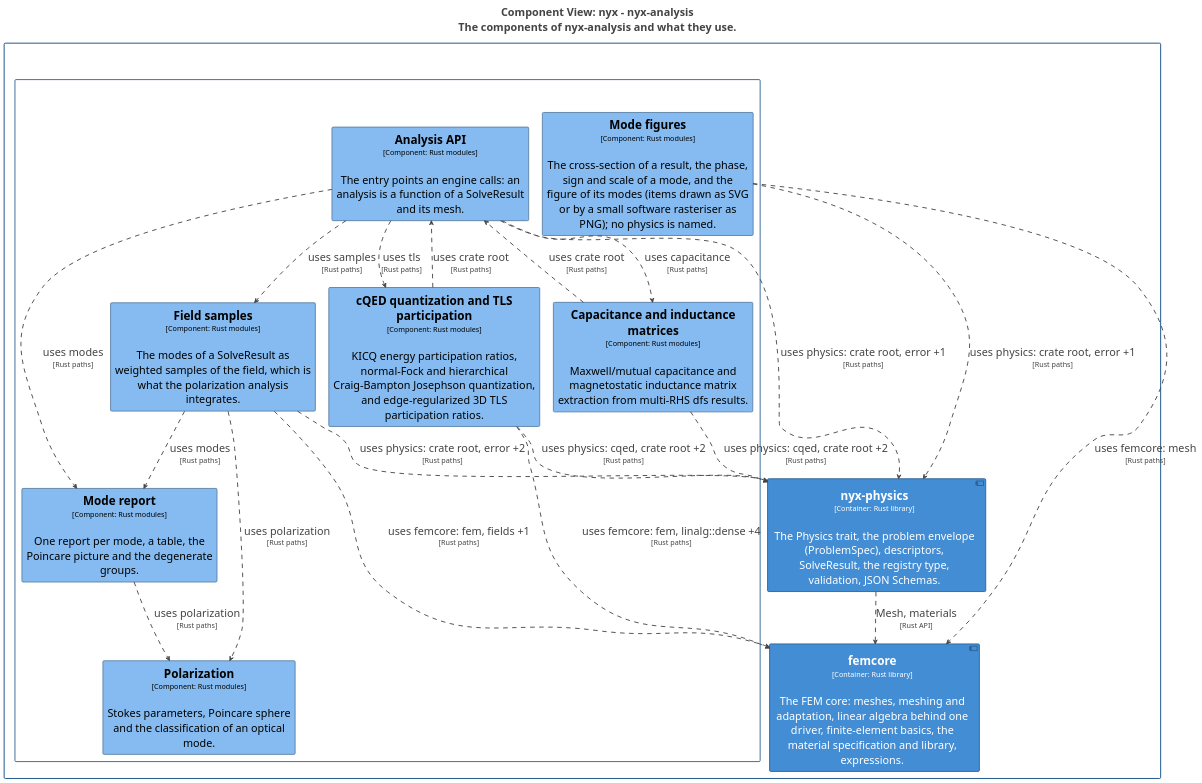
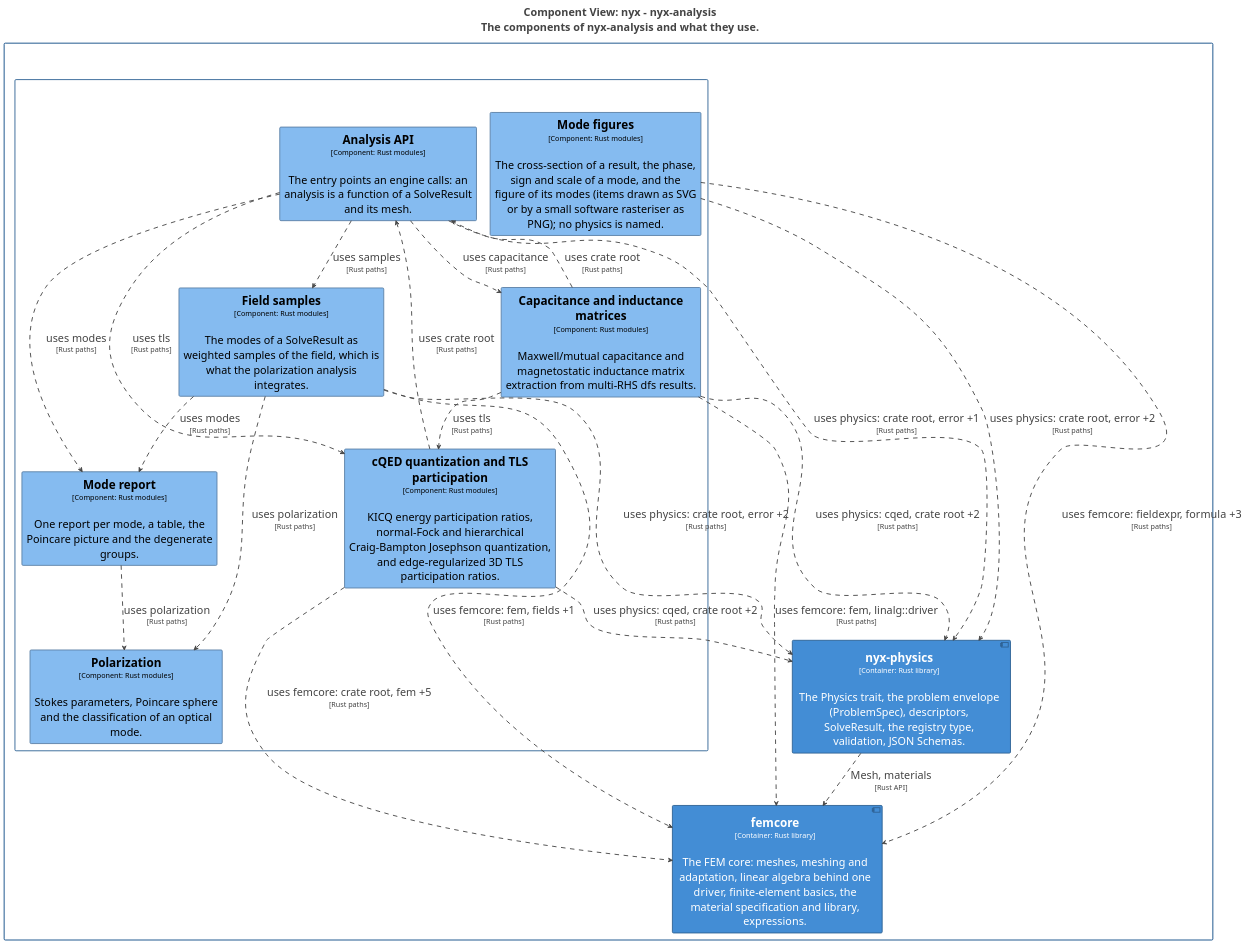
One commit to p-j-r/nyx changed the diagram in docs/architecture/c4/export/plantuml/structurizr-Components_analysis.puml. Above: the diagram before and after it, drawn with PlantUML. The commit also changed 150 other files, not shown here.

```diff
--- a/docs/architecture/c4/export/plantuml/structurizr-Components_analysis.puml
+++ b/docs/architecture/c4/export/plantuml/structurizr-Components_analysis.puml
@@ -1,105 +1,107 @@
 @startuml
 title <size:24>Component View: nyx - nyx-analysis</size>\n<size:24>The components of nyx-analysis and what they use.</size>
 
 set separator none
 top to bottom direction
 skinparam ranksep 60
 skinparam nodesep 30
 hide stereotype
 
 <style>
   root {
     BackgroundColor: #ffffff;
     FontColor: #444444;
   }
   // Element,Component
   .Element-RWxlbWVudCxDb21wb25lbnQ= {
     BackgroundColor: #85bbf0;
     LineColor: #5d82a8;
     LineStyle: 0;
     LineThickness: 2;
     FontColor: #000000;
     FontSize: 24;
     HorizontalAlignment: center;
     Shadowing: 0;
     MaximumWidth: 450;
   }
   // Element,Container,Library
   .Element-RWxlbWVudCxDb250YWluZXIsTGlicmFyeQ== {
     BackgroundColor: #438dd5;
     LineColor: #2e6295;
     LineStyle: 0;
     LineThickness: 2;
     FontColor: #ffffff;
     FontSize: 24;
     HorizontalAlignment: center;
     Shadowing: 0;
     MaximumWidth: 450;
   }
   // Relationship
   .Relationship-UmVsYXRpb25zaGlw {
     LineThickness: 2;
     LineStyle: 10-10;
     LineColor: #444444;
     FontColor: #444444;
     FontSize: 24;
   }
   // nyx
   .Boundary-bnl4 {
     BackgroundColor: #ffffff;
     LineColor: #0b4884;
     LineStyle: 0;
     LineThickness: 2;
     FontColor: #ffffff;
     FontSize: 24;
     HorizontalAlignment: center;
     Shadowing: 0;
   }
   // nyx-analysis
   .Boundary-bnl4LWFuYWx5c2lz {
     BackgroundColor: #ffffff;
     LineColor: #2e6295;
     LineStyle: 0;
     LineThickness: 2;
     FontColor: #ffffff;
     FontSize: 24;
     HorizontalAlignment: center;
     Shadowing: 0;
   }
 </style>
 
 rectangle "nyx\n<size:16>[Software System]</size>" <<Boundary-bnl4>> {
   rectangle "nyx-analysis\n<size:16>[Container: Rust library]</size>" <<Boundary-bnl4LWFuYWx5c2lz>> {
     rectangle "==Analysis API\n<size:16>[Component: Rust modules]</size>\n\nThe entry points an engine calls: an analysis is a function of a SolveResult and its mesh." <<Element-RWxlbWVudCxDb21wb25lbnQ=>> as nyx.nyxanalysis.AnalysisAPI
     rectangle "==Capacitance and inductance matrices\n<size:16>[Component: Rust modules]</size>\n\nMaxwell/mutual capacitance and magnetostatic inductance matrix extraction from multi-RHS dfs results." <<Element-RWxlbWVudCxDb21wb25lbnQ=>> as nyx.nyxanalysis.Capacitanceandinductancematrices
     rectangle "==cQED quantization and TLS participation\n<size:16>[Component: Rust modules]</size>\n\nKICQ energy participation ratios, normal-Fock and hierarchical Craig-Bampton Josephson quantization, and edge-regularized 3D TLS participation ratios." <<Element-RWxlbWVudCxDb21wb25lbnQ=>> as nyx.nyxanalysis.cQEDquantizationandTLSparticipation
     rectangle "==Field samples\n<size:16>[Component: Rust modules]</size>\n\nThe modes of a SolveResult as weighted samples of the field, which is what the polarization analysis integrates." <<Element-RWxlbWVudCxDb21wb25lbnQ=>> as nyx.nyxanalysis.Fieldsamples
     rectangle "==Polarization\n<size:16>[Component: Rust modules]</size>\n\nStokes parameters, Poincare sphere and the classification of an optical mode." <<Element-RWxlbWVudCxDb21wb25lbnQ=>> as nyx.nyxanalysis.Polarization
     rectangle "==Mode report\n<size:16>[Component: Rust modules]</size>\n\nOne report per mode, a table, the Poincare picture and the degenerate groups." <<Element-RWxlbWVudCxDb21wb25lbnQ=>> as nyx.nyxanalysis.Modereport
     rectangle "==Mode figures\n<size:16>[Component: Rust modules]</size>\n\nThe cross-section of a result, the phase, sign and scale of a mode, and the figure of its modes (items drawn as SVG or by a small software rasteriser as PNG); no physics is named." <<Element-RWxlbWVudCxDb21wb25lbnQ=>> as nyx.nyxanalysis.Modefigures
   }
 
   component "==nyx-physics\n<size:16>[Container: Rust library]</size>\n\nThe Physics trait, the problem envelope (ProblemSpec), descriptors, SolveResult, the registry type, validation, JSON Schemas." <<Element-RWxlbWVudCxDb250YWluZXIsTGlicmFyeQ==>> as nyx.nyxphysics
   component "==femcore\n<size:16>[Container: Rust library]</size>\n\nThe FEM core: meshes, meshing and adaptation, linear algebra behind one driver, finite-element basics, the material specification and library, expressions." <<Element-RWxlbWVudCxDb250YWluZXIsTGlicmFyeQ==>> as nyx.femcore
 }
 
 nyx.nyxphysics --> nyx.femcore <<Relationship-UmVsYXRpb25zaGlw>> : "Mesh, materials\n<size:16>[Rust API]</size>"
 nyx.nyxanalysis.AnalysisAPI --> nyx.nyxphysics <<Relationship-UmVsYXRpb25zaGlw>> : "uses physics: crate root, error +1\n<size:16>[Rust paths]</size>"
 nyx.nyxanalysis.AnalysisAPI --> nyx.nyxanalysis.Capacitanceandinductancematrices <<Relationship-UmVsYXRpb25zaGlw>> : "uses capacitance\n<size:16>[Rust paths]</size>"
 nyx.nyxanalysis.AnalysisAPI --> nyx.nyxanalysis.cQEDquantizationandTLSparticipation <<Relationship-UmVsYXRpb25zaGlw>> : "uses tls\n<size:16>[Rust paths]</size>"
 nyx.nyxanalysis.AnalysisAPI --> nyx.nyxanalysis.Modereport <<Relationship-UmVsYXRpb25zaGlw>> : "uses modes\n<size:16>[Rust paths]</size>"
 nyx.nyxanalysis.AnalysisAPI --> nyx.nyxanalysis.Fieldsamples <<Relationship-UmVsYXRpb25zaGlw>> : "uses samples\n<size:16>[Rust paths]</size>"
+nyx.nyxanalysis.Capacitanceandinductancematrices --> nyx.femcore <<Relationship-UmVsYXRpb25zaGlw>> : "uses femcore: fem, linalg::driver\n<size:16>[Rust paths]</size>"
 nyx.nyxanalysis.Capacitanceandinductancematrices --> nyx.nyxphysics <<Relationship-UmVsYXRpb25zaGlw>> : "uses physics: cqed, crate root +2\n<size:16>[Rust paths]</size>"
 nyx.nyxanalysis.Capacitanceandinductancematrices --> nyx.nyxanalysis.AnalysisAPI <<Relationship-UmVsYXRpb25zaGlw>> : "uses crate root\n<size:16>[Rust paths]</size>"
-nyx.nyxanalysis.cQEDquantizationandTLSparticipation --> nyx.femcore <<Relationship-UmVsYXRpb25zaGlw>> : "uses femcore: fem, linalg::dense +4\n<size:16>[Rust paths]</size>"
+nyx.nyxanalysis.Capacitanceandinductancematrices --> nyx.nyxanalysis.cQEDquantizationandTLSparticipation <<Relationship-UmVsYXRpb25zaGlw>> : "uses tls\n<size:16>[Rust paths]</size>"
+nyx.nyxanalysis.cQEDquantizationandTLSparticipation --> nyx.femcore <<Relationship-UmVsYXRpb25zaGlw>> : "uses femcore: crate root, fem +5\n<size:16>[Rust paths]</size>"
 nyx.nyxanalysis.cQEDquantizationandTLSparticipation --> nyx.nyxphysics <<Relationship-UmVsYXRpb25zaGlw>> : "uses physics: cqed, crate root +2\n<size:16>[Rust paths]</size>"
 nyx.nyxanalysis.cQEDquantizationandTLSparticipation --> nyx.nyxanalysis.AnalysisAPI <<Relationship-UmVsYXRpb25zaGlw>> : "uses crate root\n<size:16>[Rust paths]</size>"
-nyx.nyxanalysis.Modefigures --> nyx.femcore <<Relationship-UmVsYXRpb25zaGlw>> : "uses femcore: mesh\n<size:16>[Rust paths]</size>"
-nyx.nyxanalysis.Modefigures --> nyx.nyxphysics <<Relationship-UmVsYXRpb25zaGlw>> : "uses physics: crate root, error +1\n<size:16>[Rust paths]</size>"
+nyx.nyxanalysis.Modefigures --> nyx.femcore <<Relationship-UmVsYXRpb25zaGlw>> : "uses femcore: fieldexpr, formula +3\n<size:16>[Rust paths]</size>"
+nyx.nyxanalysis.Modefigures --> nyx.nyxphysics <<Relationship-UmVsYXRpb25zaGlw>> : "uses physics: crate root, error +2\n<size:16>[Rust paths]</size>"
 nyx.nyxanalysis.Modereport --> nyx.nyxanalysis.Polarization <<Relationship-UmVsYXRpb25zaGlw>> : "uses polarization\n<size:16>[Rust paths]</size>"
 nyx.nyxanalysis.Fieldsamples --> nyx.femcore <<Relationship-UmVsYXRpb25zaGlw>> : "uses femcore: fem, fields +1\n<size:16>[Rust paths]</size>"
 nyx.nyxanalysis.Fieldsamples --> nyx.nyxphysics <<Relationship-UmVsYXRpb25zaGlw>> : "uses physics: crate root, error +2\n<size:16>[Rust paths]</size>"
 nyx.nyxanalysis.Fieldsamples --> nyx.nyxanalysis.Modereport <<Relationship-UmVsYXRpb25zaGlw>> : "uses modes\n<size:16>[Rust paths]</size>"
 nyx.nyxanalysis.Fieldsamples --> nyx.nyxanalysis.Polarization <<Relationship-UmVsYXRpb25zaGlw>> : "uses polarization\n<size:16>[Rust paths]</size>"
 
 @enduml
```
